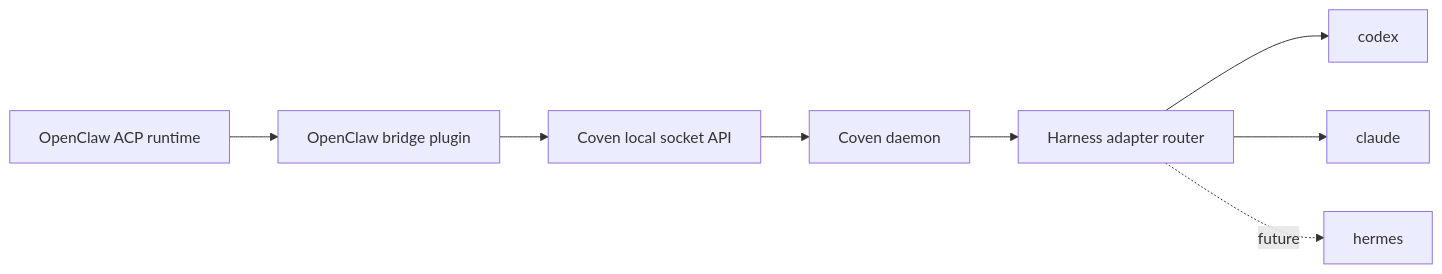
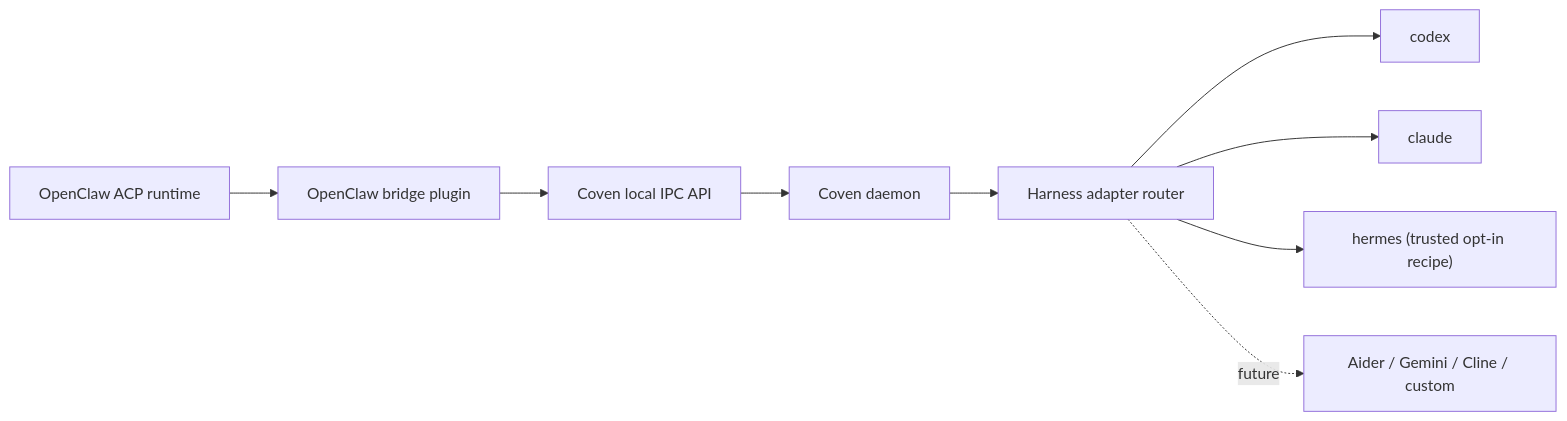
Before and after one commit to OpenCoven/coven: the diagram in docs/harnesses/openclaw.md, drawn with Mermaid. The commit also changed other lines of this file and 4 other files, not shown here.

````diff
--- a/docs/harnesses/openclaw.md
+++ b/docs/harnesses/openclaw.md
@@ -16,10 +16,11 @@
 ```mermaid
 flowchart LR
   OpenClaw[OpenClaw ACP runtime] --> Bridge["OpenClaw bridge plugin"]
-  Bridge --> Socket["Coven local socket API"]
+  Bridge --> Socket["Coven local IPC API"]
   Socket --> Daemon["Coven daemon"]
   Daemon --> Adapter["Harness adapter router"]
   Adapter --> Codex["codex"]
   Adapter --> Claude["claude"]
-  Adapter -. future .-> Hermes["hermes"]
+  Adapter --> Hermes["hermes (trusted opt-in recipe)"]
+  Adapter -. future .-> Future["Aider / Gemini / Cline / custom"]
 ```
````
